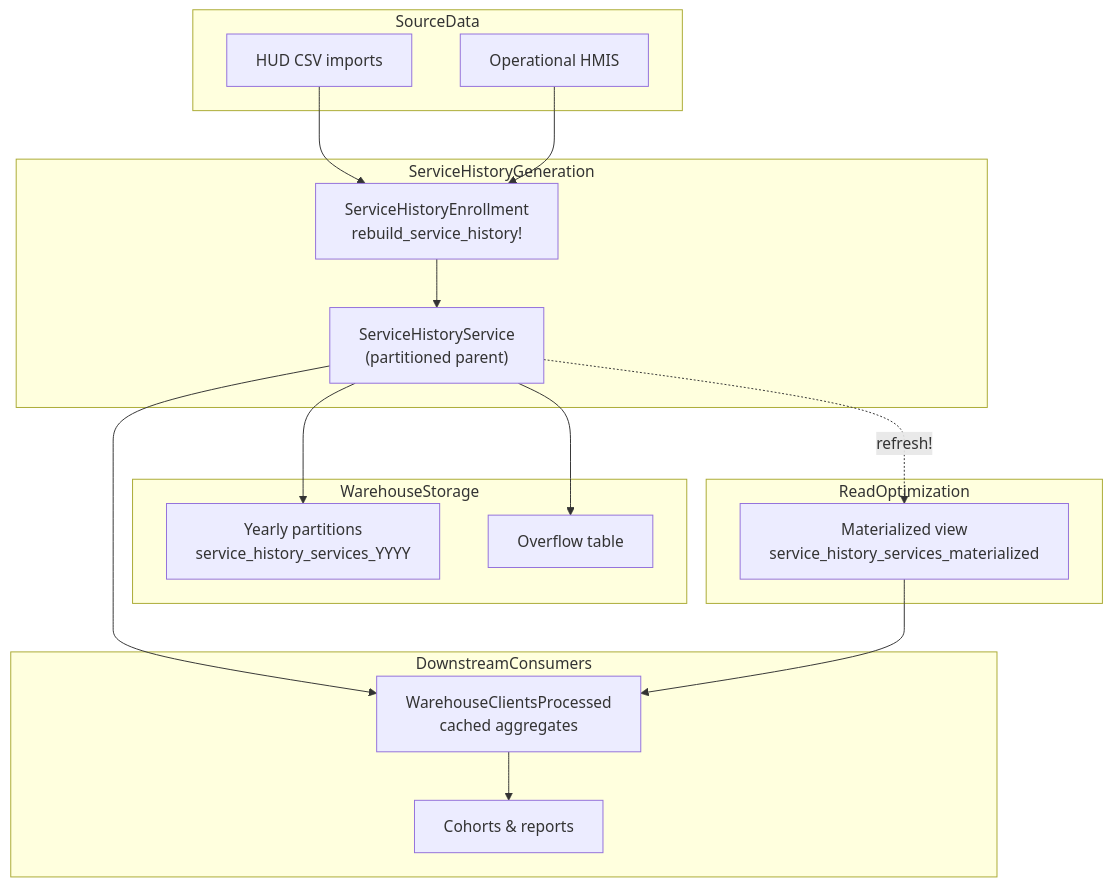
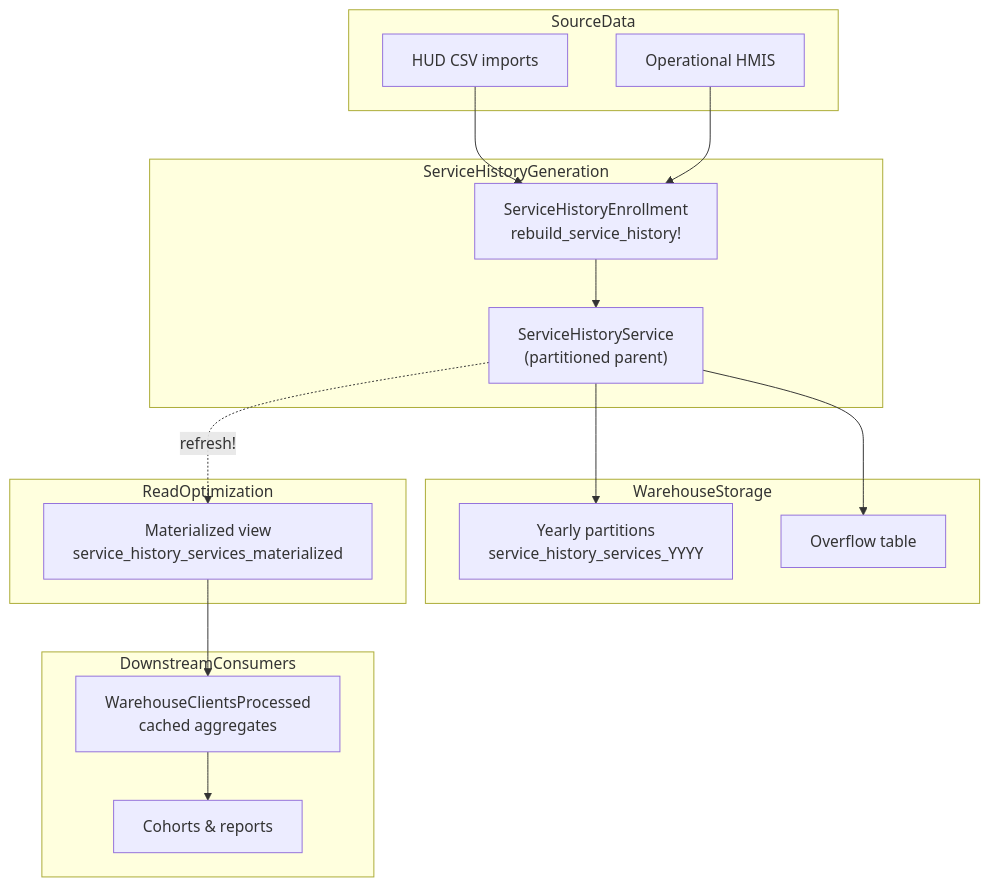
Before and after one commit to greenriver/hmis-warehouse: the diagram in docs/features/warehouse/service-history.md, drawn with Mermaid. The commit also changed other lines of this file, not shown here.

````diff
--- a/docs/features/warehouse/service-history.md
+++ b/docs/features/warehouse/service-history.md
@@ -73,36 +75,35 @@
 ```mermaid
 flowchart TD
   subgraph SourceData
     A[HUD CSV imports]
     B[Operational HMIS]
   end
 
   subgraph ServiceHistoryGeneration
     C["ServiceHistoryEnrollment<br/>rebuild_service_history!"]
     D["ServiceHistoryService<br/>(partitioned parent)"]
   end
 
   subgraph WarehouseStorage
     E["Yearly partitions<br/>service_history_services_YYYY"]
     F[Overflow table]
   end
 
   subgraph ReadOptimization
     G["Materialized view<br/>service_history_services_materialized"]
   end
 
   subgraph DownstreamConsumers
     I["WarehouseClientsProcessed<br/>cached aggregates"]
     J[Cohorts & reports]
   end
 
   A --> C
   B --> C
   C --> D
   D --> E
   D --> F
   D -. refresh! .-> G
-  D --> I
   G --> I
   I --> J
 ```
````
